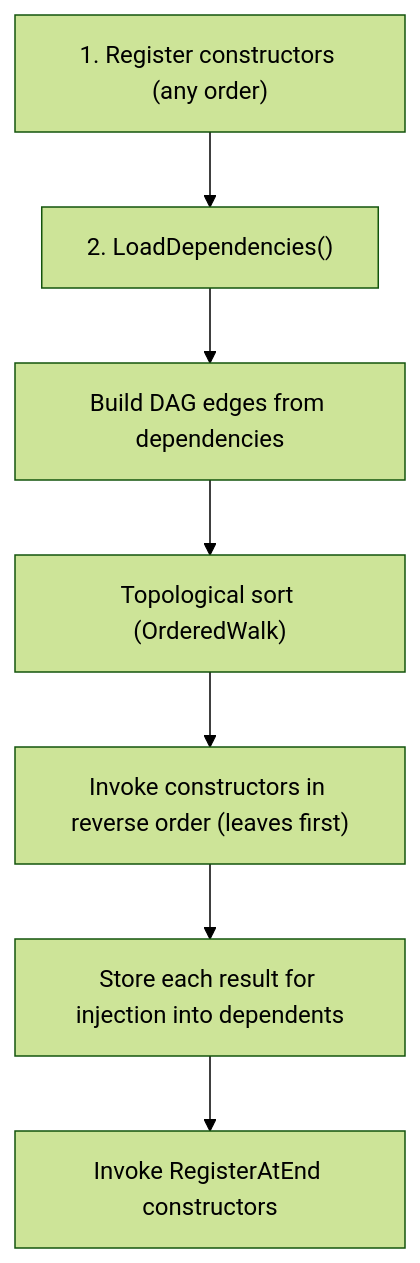
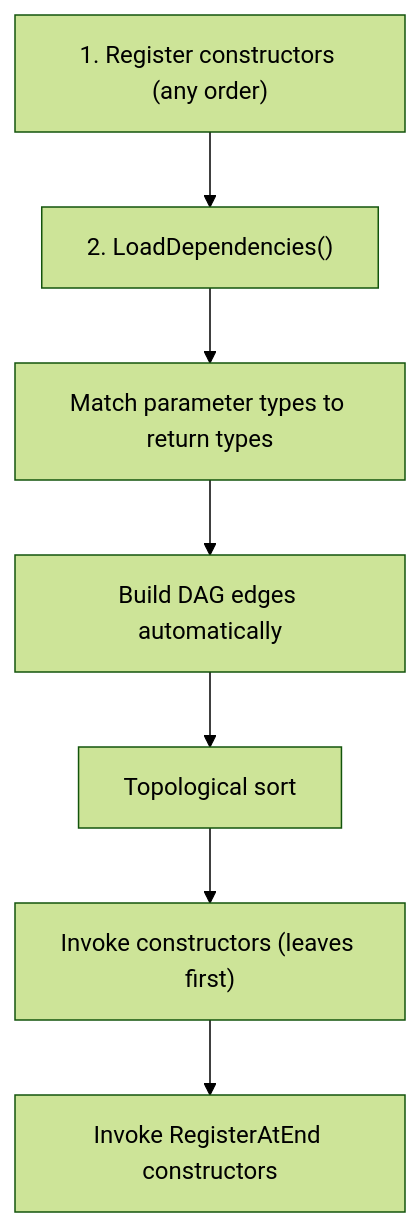
Before and after one commit to Ignaciojeria/ioc: the first of 2 diagrams in readme.md, drawn with Mermaid (forest theme). The commit also changed other lines of this file and 3 other files, not shown here.

````diff
--- a/readme.md
+++ b/readme.md
@@ -12,9 +12,9 @@
 ```mermaid
 graph TD
     A["1. Register constructors (any order)"] --> B["2. LoadDependencies()"]
-    B --> C["Build DAG edges from dependencies"]
-    C --> D["Topological sort (OrderedWalk)"]
-    D --> E["Invoke constructors in reverse order (leaves first)"]
-    E --> F["Store each result for injection into dependents"]
+    B --> C["Match parameter types to return types"]
+    C --> D["Build DAG edges automatically"]
+    D --> E["Topological sort"]
+    E --> F["Invoke constructors (leaves first)"]
     F --> G["Invoke RegisterAtEnd constructors"]
 ```
````
